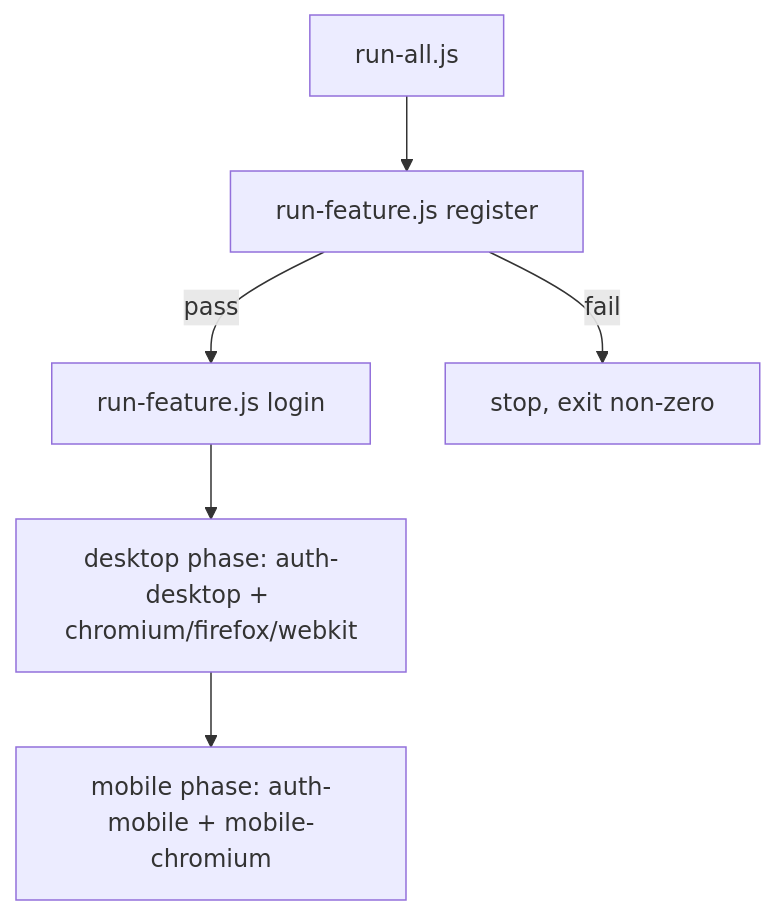
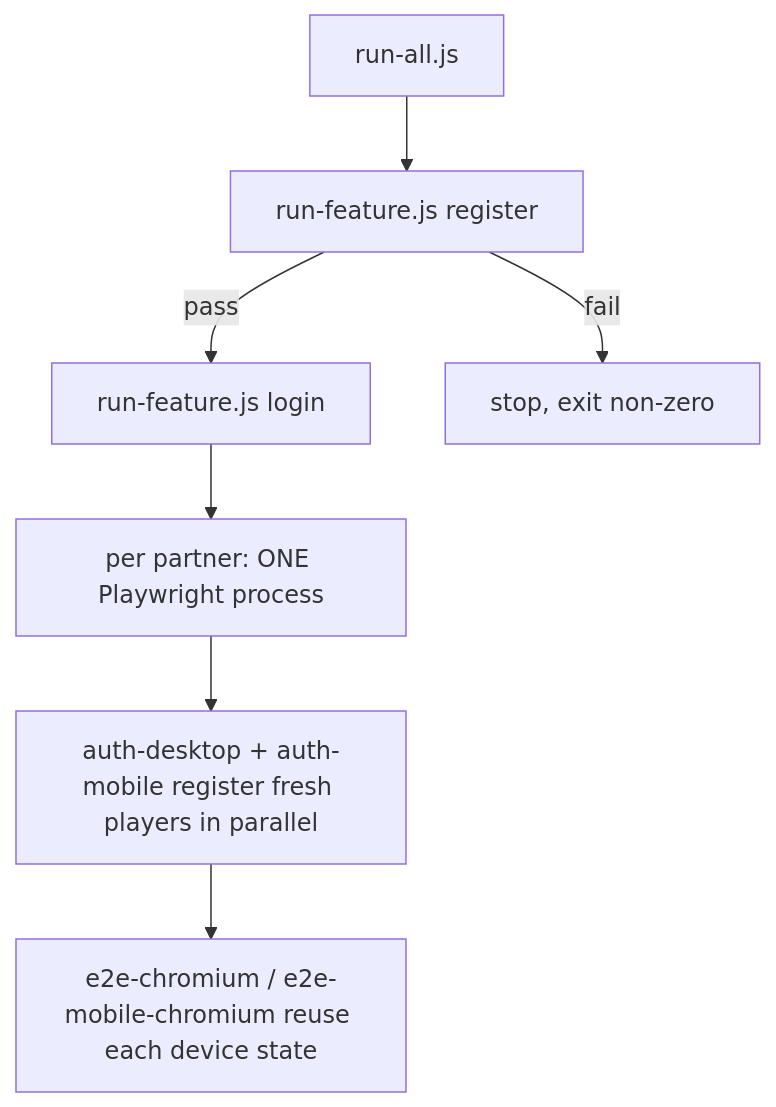
One commit to Tigrange/casweb_automation_playwright changed the first of 2 diagrams in README.md. Above: the diagram before and after it, drawn with Mermaid. The commit also changed other lines of this file and 11 other files, not shown here.

````diff
--- a/README.md
+++ b/README.md
@@ -44,8 +56,9 @@
 ```mermaid
 flowchart TD
     A[run-all.js] --> B[run-feature.js register]
     B -->|pass| C[run-feature.js login]
     B -->|fail| D[stop, exit non-zero]
-    C --> E[desktop phase: auth-desktop + chromium/firefox/webkit]
-    E --> F[mobile phase: auth-mobile + mobile-chromium]
+    C --> E[per partner: ONE Playwright process]
+    E --> F[auth-desktop + auth-mobile register fresh players in parallel]
+    F --> G[e2e-chromium / e2e-mobile-chromium reuse each device state]
 ```
````
